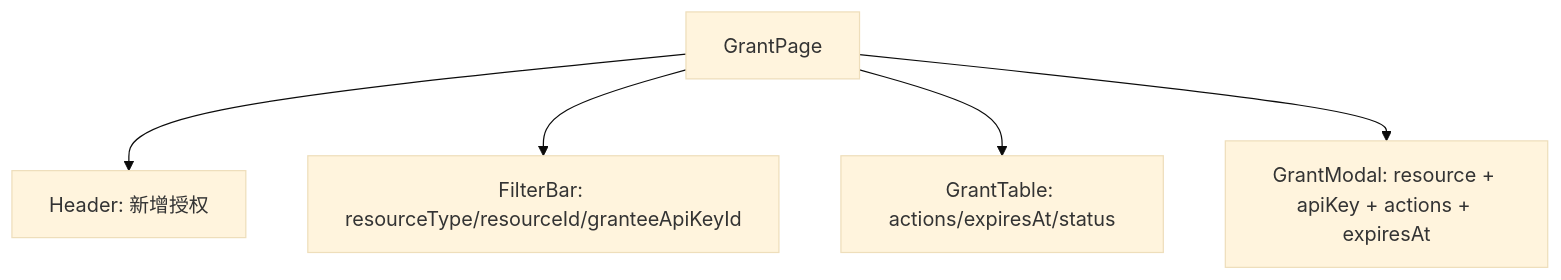
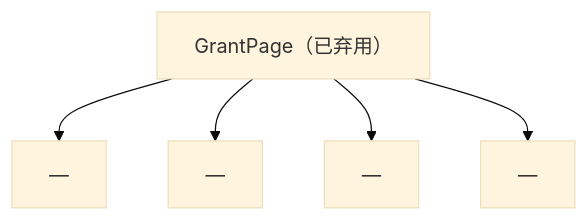
One commit to WangDiGua/LantuConnect-Backend changed the second of 5 diagrams in docs/frontend-alignment-playbook/01-menu-and-page-blueprints.md. Above: the diagram before and after it, drawn with Mermaid (base theme). The commit also changed other lines of this file and 20 other files, not shown here.

````diff
--- a/docs/frontend-alignment-playbook/01-menu-and-page-blueprints.md
+++ b/docs/frontend-alignment-playbook/01-menu-and-page-blueprints.md
@@ -135,7 +137,7 @@
 ```mermaid
 flowchart TD
-  grantPage["GrantPage"] --> head["Header: 新增授权"]
-  grantPage --> filter["FilterBar: resourceType/resourceId/granteeApiKeyId"]
-  grantPage --> list["GrantTable: actions/expiresAt/status"]
-  grantPage --> modal["GrantModal: resource + apiKey + actions + expiresAt"]
+  grantPage["GrantPage（已弃用）"] --> head["—"]
+  grantPage --> filter["—"]
+  grantPage --> list["—"]
+  grantPage --> modal["—"]
 ```
````
